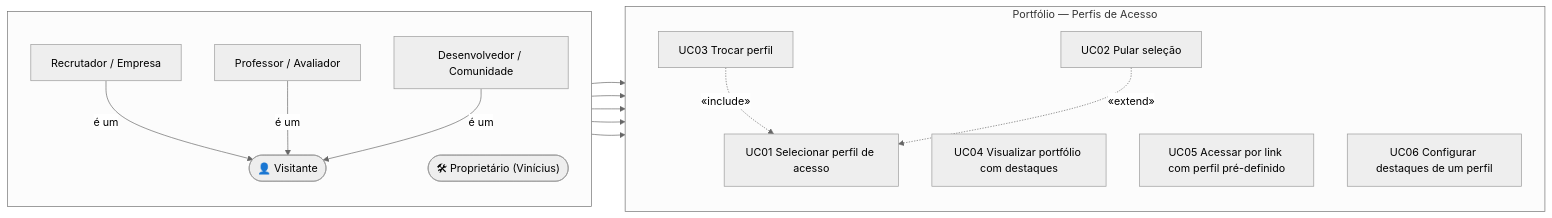
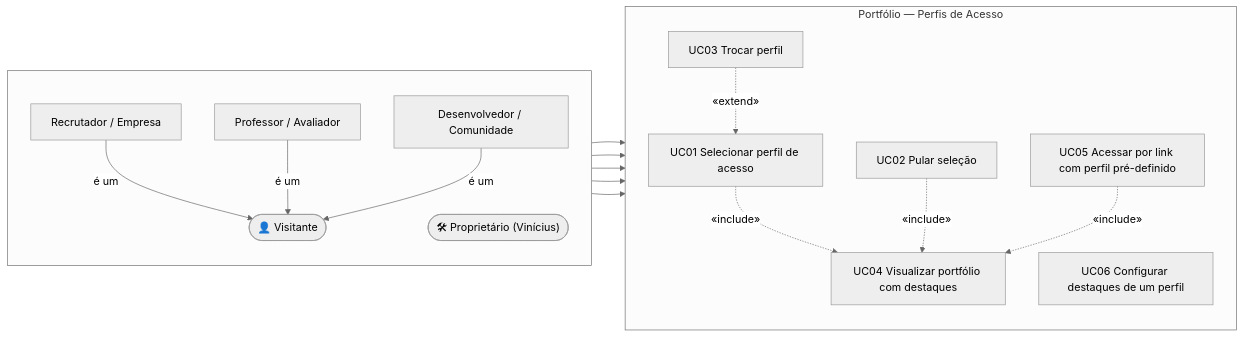
The diagram in docs/perfis-de-acesso.md (viniciusoramos/Portifolio_Pessoal), drawn with Mermaid (neutral theme) before and after one commit. The commit also changed other lines of this file, not shown here.

Commit message:
Docs: diagrama de casos de uso conforme enviado, sem alteracoes nos relacionamentos

````diff
--- a/docs/perfis-de-acesso.md
+++ b/docs/perfis-de-acesso.md
@@ -141,34 +141,36 @@
 ```mermaid
 flowchart LR
   subgraph atores[" "]
     direction TB
     REC["Recrutador / Empresa"]
     PRO["Professor / Avaliador"]
     DEV["Desenvolvedor / Comunidade"]
     VIS(["👤 Visitante"])
     OWN(["🛠 Proprietário (Vinícius)"])
   end
 
   subgraph sistema["Portfólio — Perfis de Acesso"]
     direction TB
-    UC03["UC03 Trocar perfil"]
     UC01["UC01 Selecionar perfil de acesso"]
     UC02["UC02 Pular seleção"]
+    UC03["UC03 Trocar perfil"]
     UC04["UC04 Visualizar portfólio com destaques"]
     UC05["UC05 Acessar por link com perfil pré-definido"]
     UC06["UC06 Configurar destaques de um perfil"]
   end
 
   REC -- "é um" --> VIS
   PRO -- "é um" --> VIS
   DEV -- "é um" --> VIS
 
   VIS --> UC01
+  VIS --> UC02
   VIS --> UC03
-  VIS --> UC04
   VIS --> UC05
   OWN --> UC06
 
-  UC03 -. "«include»" .-> UC01
-  UC02 -. "«extend»" .-> UC01
+  UC01 -. "«include»" .-> UC04
+  UC02 -. "«include»" .-> UC04
+  UC05 -. "«include»" .-> UC04
+  UC03 -. "«extend»" .-> UC01
 ```
````
